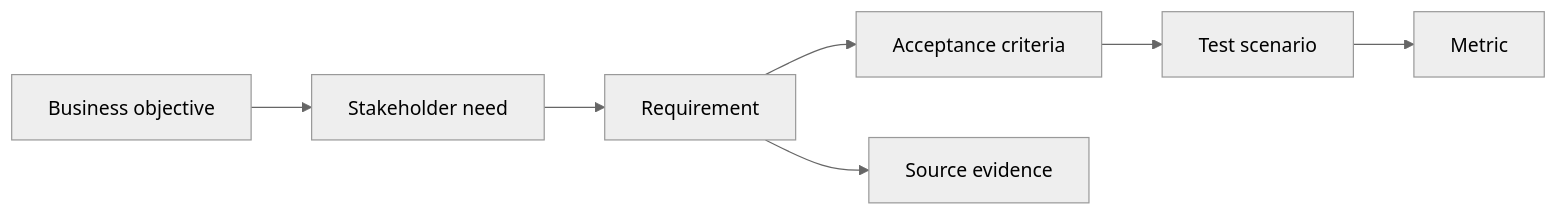
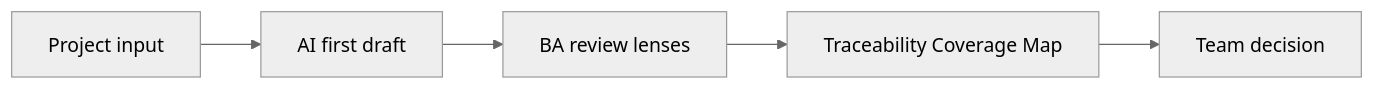
One commit to anhtnt90dev/ai-for-ba changed the first of 2 diagrams in docs/en/lessons/traceability-and-testability/index.md. Above: the diagram before and after it, drawn with Mermaid (neutral theme). The commit also changed other lines of this file and 40 other files, not shown here.

````diff
--- a/docs/en/lessons/traceability-and-testability/index.md
+++ b/docs/en/lessons/traceability-and-testability/index.md
@@ -68,9 +84,12 @@
 ```mermaid
 flowchart LR
-    A["Business objective"] --> B["Stakeholder need"]
-    B --> C["Requirement"]
-    C --> D["Acceptance criteria"]
-    D --> E["Test scenario"]
-    E --> F["Metric"]
-    C --> G["Source evidence"]
+    A["Project input"]
+    B["AI first draft"]
+    A --> B
+    C["BA review lenses"]
+    B --> C
+    D["Traceability Coverage Map"]
+    C --> D
+    E["Team decision"]
+    D --> E
 ```
````
